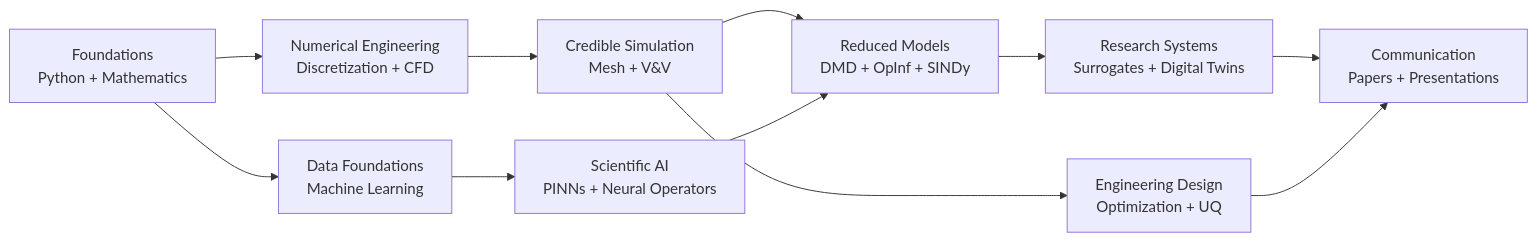
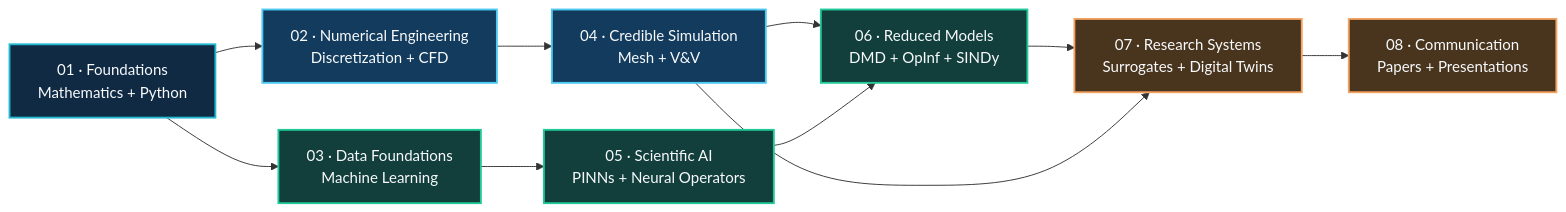
One commit to islam-md-didarul/mechanical-cfd-ai-research-hub changed the first of 2 diagrams in README.md. Above: the diagram before and after it, drawn with Mermaid. The commit also changed other lines of this file and 11 other files, not shown here.

````diff
--- a/README.md
+++ b/README.md
@@ -37,13 +82,31 @@
 ```mermaid
 flowchart LR
-    A["Foundations<br/>Python + Mathematics"] --> B["Numerical Engineering<br/>Discretization + CFD"]
-    A --> C["Data Foundations<br/>Machine Learning"]
-    B --> D["Credible Simulation<br/>Mesh + V&V"]
-    C --> E["Scientific AI<br/>PINNs + Neural Operators"]
-    D --> F["Reduced Models<br/>DMD + OpInf + SINDy"]
+    A["01 · Foundations<br/>Mathematics + Python"]
+    B["02 · Numerical Engineering<br/>Discretization + CFD"]
+    C["03 · Data Foundations<br/>Machine Learning"]
+    D["04 · Credible Simulation<br/>Mesh + V&V"]
+    E["05 · Scientific AI<br/>PINNs + Neural Operators"]
+    F["06 · Reduced Models<br/>DMD + OpInf + SINDy"]
+    G["07 · Research Systems<br/>Surrogates + Digital Twins"]
+    H["08 · Communication<br/>Papers + Presentations"]
+
+    A --> B
+    A --> C
+    B --> D
+    C --> E
+    D --> F
     E --> F
-    F --> G["Research Systems<br/>Surrogates + Digital Twins"]
-    D --> H["Engineering Design<br/>Optimization + UQ"]
-    G --> I["Communication<br/>Papers + Presentations"]
-    H --> I
+    F --> G
+    D --> G
+    G --> H
+
+    classDef foundation fill:#102A43,stroke:#22B8CF,color:#F8FAFC,stroke-width:2px;
+    classDef engineering fill:#123B5D,stroke:#4CC9F0,color:#F8FAFC,stroke-width:2px;
+    classDef ai fill:#123F3B,stroke:#20C997,color:#F8FAFC,stroke-width:2px;
+    classDef output fill:#49351D,stroke:#F4A261,color:#F8FAFC,stroke-width:2px;
+
+    class A foundation;
+    class B,D engineering;
+    class C,E,F ai;
+    class G,H output;
 ```
````
